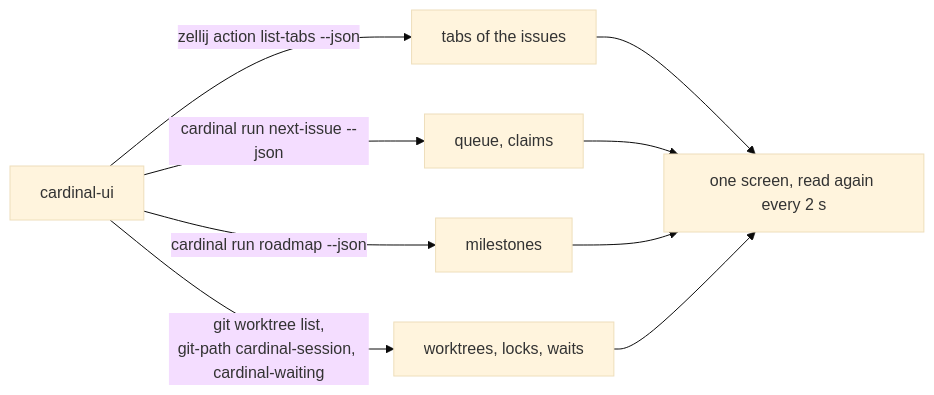
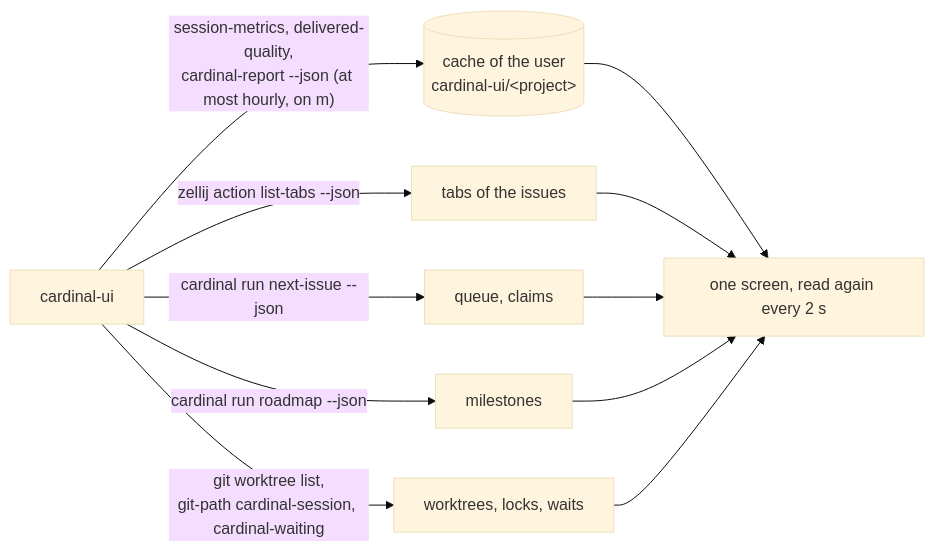
Before and after one commit to Electron-libre/cardinal: the third of 3 diagrams in docs/architecture.md, drawn with Mermaid (base theme). The commit also changed other lines of this file and 13 other files, not shown here.

````diff
--- a/docs/architecture.md
+++ b/docs/architecture.md
@@ -245,11 +245,13 @@
 ```mermaid
 flowchart LR
   ui["cardinal-ui"] -->|"cardinal run next-issue --json"| queue["queue, claims"]
   ui -->|"cardinal run roadmap --json"| milestones["milestones"]
   ui -->|"git worktree list,<br/>git-path cardinal-session, cardinal-waiting"| worktrees["worktrees, locks, waits"]
   ui -->|"zellij action list-tabs --json"| tabs["tabs of the issues"]
+  ui -->|"session-metrics, delivered-quality,<br/>cardinal-report --json (at most hourly, on m)"| cache[("cache of the user<br/>cardinal-ui/&lt;project&gt;")]
+  cache --> screen
   tabs --> screen
   queue --> screen["one screen, read again every 2 s"]
   milestones --> screen
   worktrees --> screen
 ```
````
